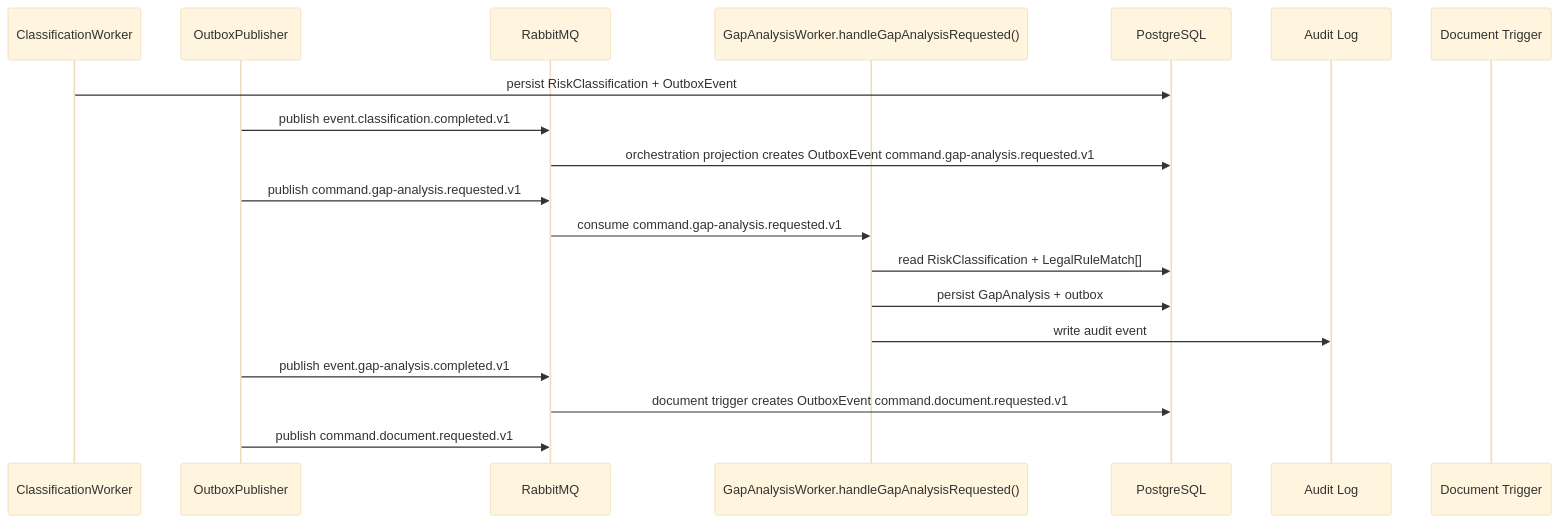
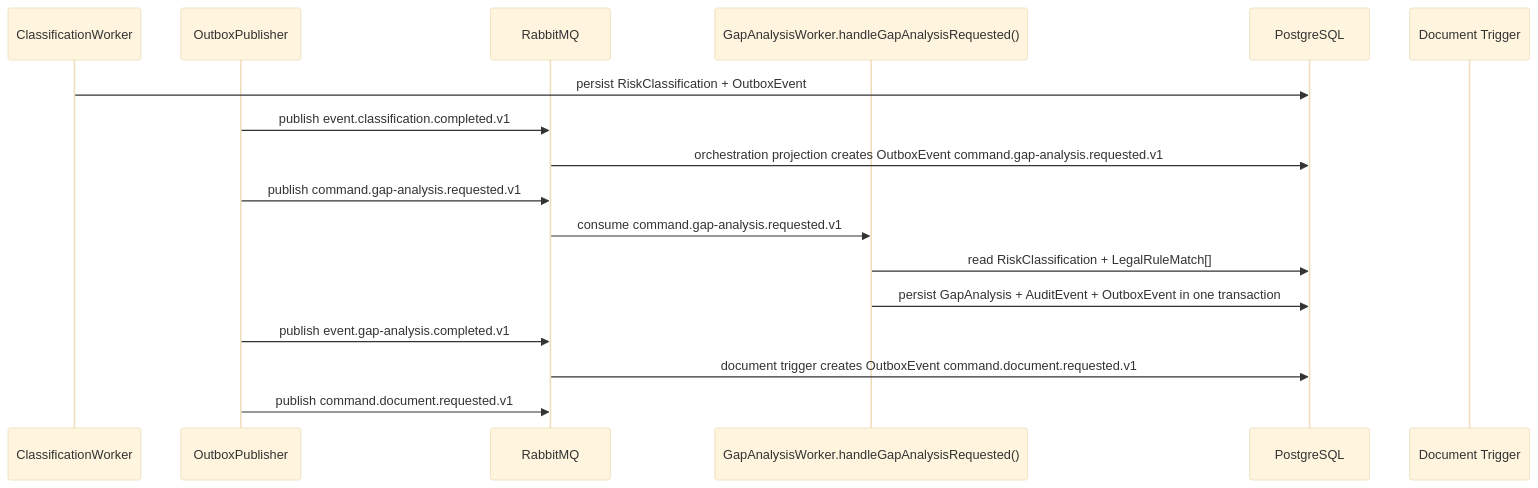
Before and after one commit to khovan123/LCSP: the diagram in docs/developer-execution-blueprints/gap-analysis-blueprint.md, drawn with Mermaid (base theme). The commit also changed 14 other files, not shown here.

````diff
--- a/docs/developer-execution-blueprints/gap-analysis-blueprint.md
+++ b/docs/developer-execution-blueprints/gap-analysis-blueprint.md
@@ -152,22 +152,20 @@
 ```mermaid
 sequenceDiagram
   participant Class as ClassificationWorker
   participant Outbox as OutboxPublisher
   participant MQ as RabbitMQ
   participant Gap as GapAnalysisWorker.handleGapAnalysisRequested()
   participant DB as PostgreSQL
-  participant Audit as Audit Log
   participant Doc as Document Trigger
 
   Class->>DB: persist RiskClassification + OutboxEvent
   Outbox->>MQ: publish event.classification.completed.v1
   MQ->>DB: orchestration projection creates OutboxEvent command.gap-analysis.requested.v1
   Outbox->>MQ: publish command.gap-analysis.requested.v1
   MQ->>Gap: consume command.gap-analysis.requested.v1
   Gap->>DB: read RiskClassification + LegalRuleMatch[]
-  Gap->>DB: persist GapAnalysis + outbox
-  Gap->>Audit: write audit event
+  Gap->>DB: persist GapAnalysis + AuditEvent + OutboxEvent in one transaction
   Outbox->>MQ: publish event.gap-analysis.completed.v1
   MQ->>DB: document trigger creates OutboxEvent command.document.requested.v1
   Outbox->>MQ: publish command.document.requested.v1
 ```
````
